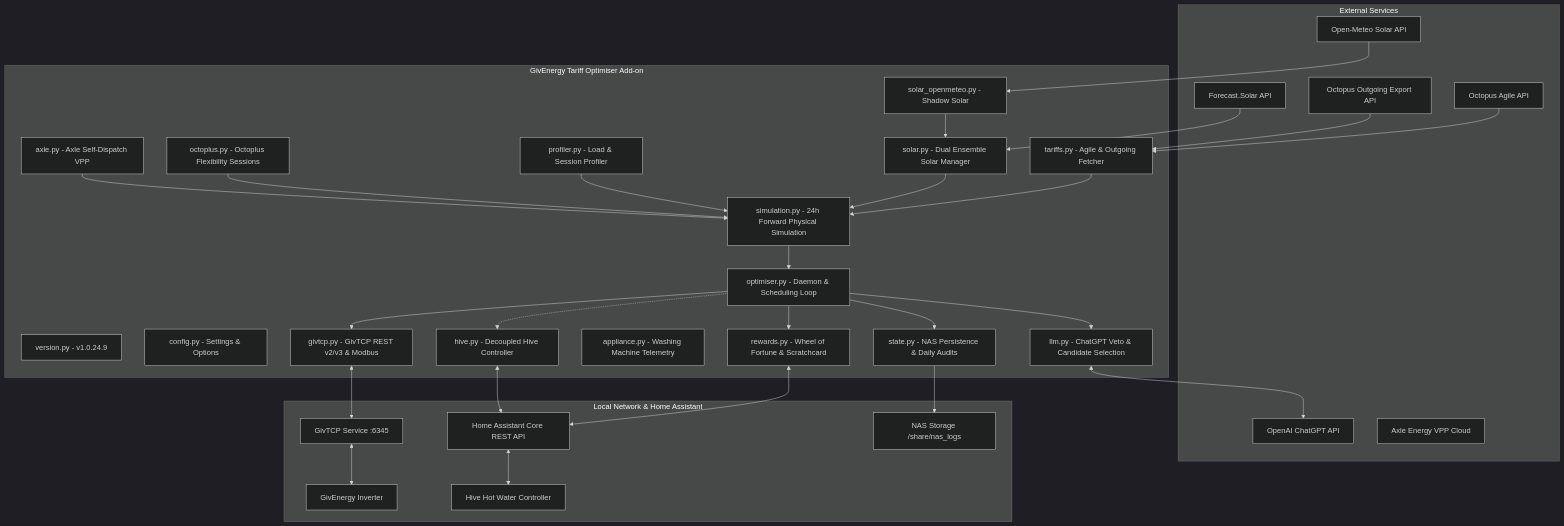
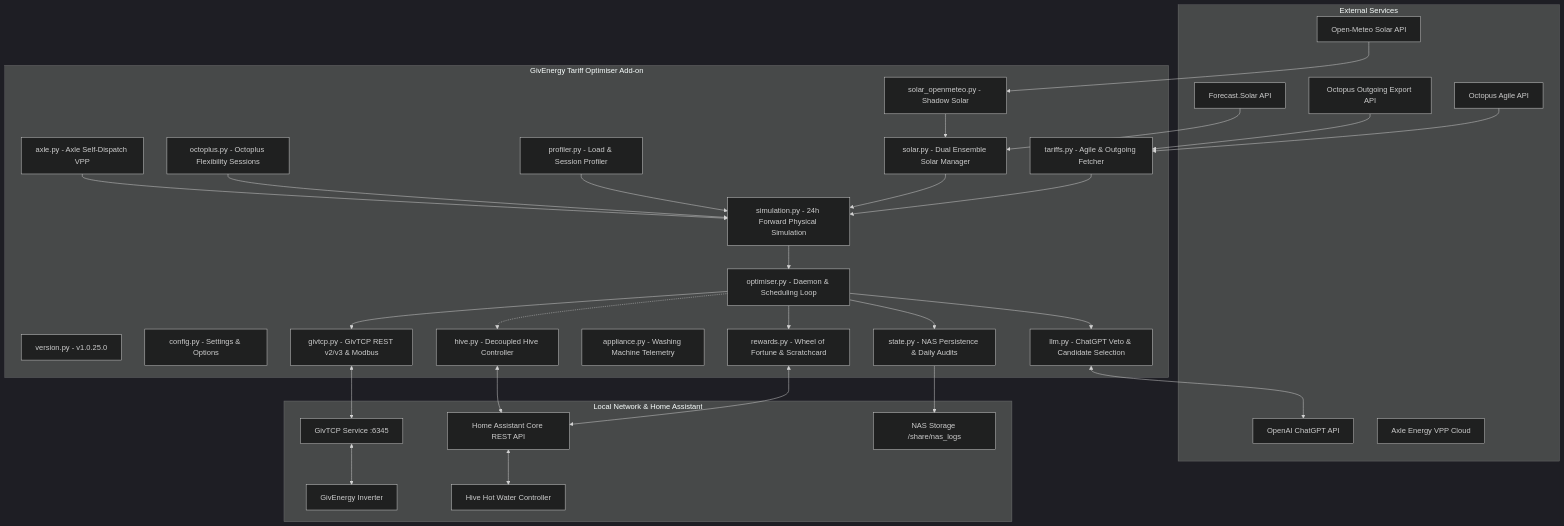
The first of 3 diagrams in ha-addon/SPECIFICATION.md (revhawk/GivEnergy_Tracker), drawn with Mermaid (dark theme) before and after one commit. The commit also changed other lines of this file and 13 other files, not shown here.

````diff
--- a/ha-addon/SPECIFICATION.md
+++ b/ha-addon/SPECIFICATION.md
@@ -19,67 +19,67 @@
 ```mermaid
 graph TD
     subgraph External Services
         Agile[Octopus Agile API]
         Outgoing[Octopus Outgoing Export API]
         FSolar[Forecast.Solar API]
         OMeteo[Open-Meteo Solar API]
         OpenAI[OpenAI ChatGPT API]
         Axle_Cloud[Axle Energy VPP Cloud]
     end
 
     subgraph GivEnergy Tariff Optimiser Add-on
-        Version[version.py - v1.0.24.9]
+        Version[version.py - v1.0.25.0]
         Config[config.py - Settings & Options]
         Optimiser[optimiser.py - Daemon & Scheduling Loop]
         SimEngine[simulation.py - 24h Forward Physical Simulation]
         Tariff_Mod[tariffs.py - Agile & Outgoing Fetcher]
         Solar_Mod[solar.py - Dual Ensemble Solar Manager]
         Meteo_Mod[solar_openmeteo.py - Shadow Solar]
         Profiler_Mod[profiler.py - Load & Session Profiler]
         GivTCP_Mod[givtcp.py - GivTCP REST v2/v3 & Modbus]
         Octoplus_Mod[octoplus.py - Octoplus Flexibility Sessions]
         Axle_Mod[axle.py - Axle Self-Dispatch VPP]
         Rewards_Mod[rewards.py - Wheel of Fortune & Scratchcard]
         Appliance_Mod[appliance.py - Washing Machine Telemetry]
         State_Mod[state.py - NAS Persistence & Daily Audits]
         LLM_Mod[llm.py - ChatGPT Veto & Candidate Selection]
         Hive_Mod[hive.py - Decoupled Hive Controller]
     end
 
     subgraph Local Network & Home Assistant
         GivTCP[GivTCP Service :6345]
         Inverter[GivEnergy Inverter]
         HA_API[Home Assistant Core REST API]
         NAS_Share[NAS Storage /share/nas_logs]
         Hive[Hive Hot Water Controller]
     end
 
     Agile --> Tariff_Mod
     Outgoing --> Tariff_Mod
     FSolar --> Solar_Mod
     OMeteo --> Meteo_Mod
     Meteo_Mod --> Solar_Mod
 
     Tariff_Mod --> SimEngine
     Solar_Mod --> SimEngine
     Profiler_Mod --> SimEngine
     Octoplus_Mod --> SimEngine
     Axle_Mod --> SimEngine
 
     SimEngine --> Optimiser
     Optimiser --> LLM_Mod
     LLM_Mod <--> OpenAI
     Optimiser --> GivTCP_Mod
     GivTCP_Mod <--> GivTCP
     GivTCP <--> Inverter
 
     Optimiser --> State_Mod
     State_Mod --> NAS_Share
 
     Optimiser --> Rewards_Mod
     Rewards_Mod <--> HA_API
 
     Optimiser -.-> Hive_Mod
     Hive_Mod <--> HA_API
     HA_API <--> Hive
 ```
````
